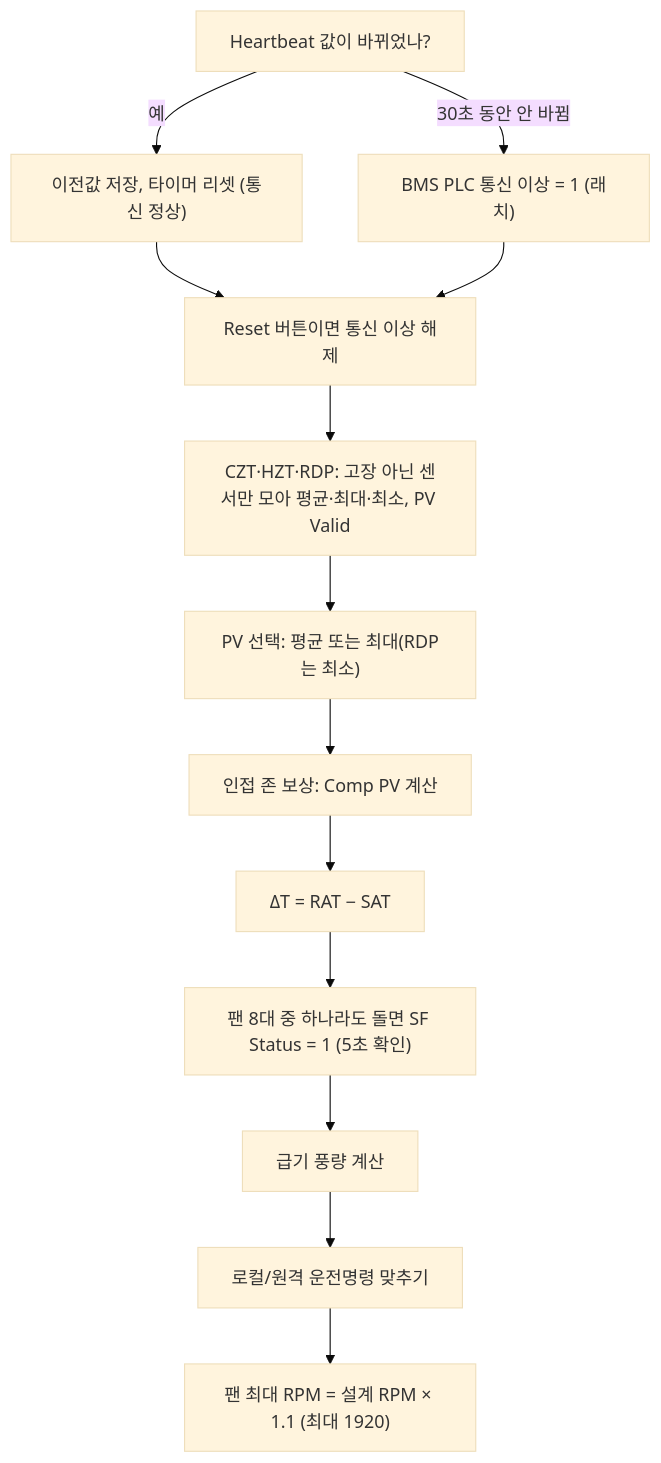
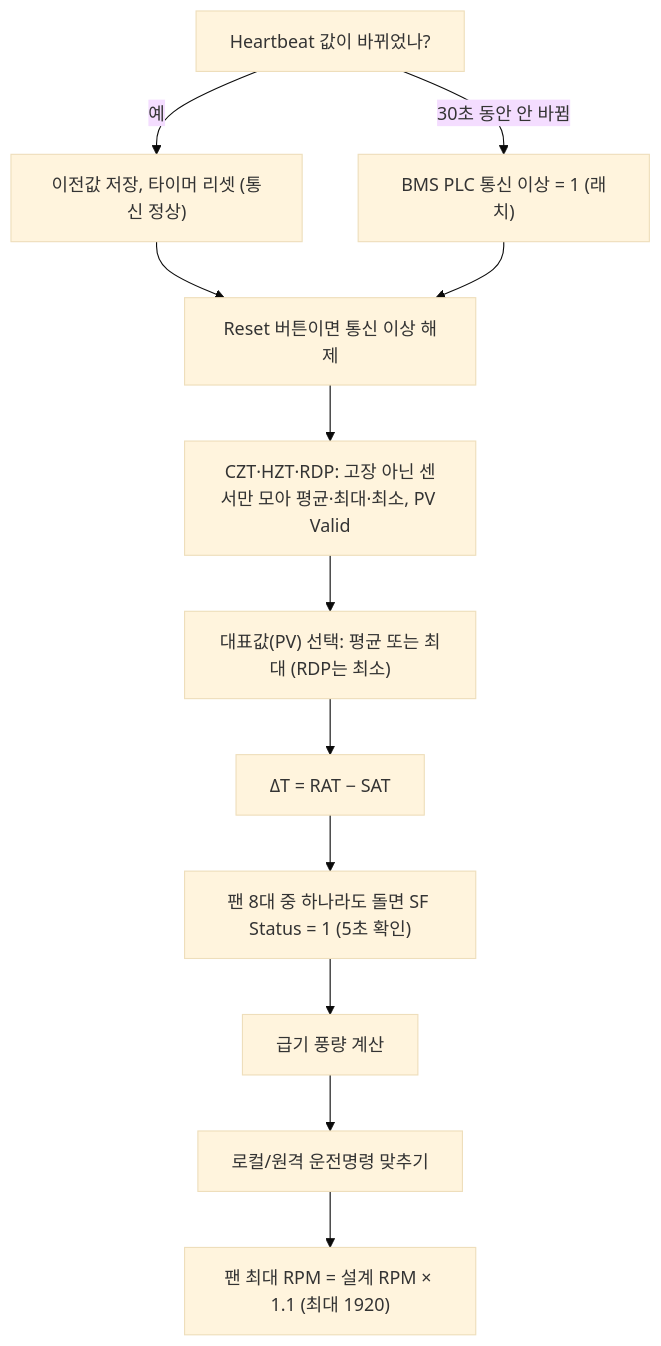
Before and after one commit to joo001121-create/FWU-logic: the fourth of 12 diagrams in FWU_Logic_초보자_설명서.md, drawn with Mermaid (base theme). The commit also changed other lines of this file and 7 other files, not shown here.

````diff
--- a/FWU_Logic_초보자_설명서.md
+++ b/FWU_Logic_초보자_설명서.md
@@ -165,14 +175,13 @@
 ```mermaid
 flowchart TD
     A["Heartbeat 값이 바뀌었나?"] -->|"예"| A1["이전값 저장, 타이머 리셋 (통신 정상)"]
     A -->|"30초 동안 안 바뀜"| A2["BMS PLC 통신 이상 = 1 (래치)"]
     A1 & A2 --> B["Reset 버튼이면 통신 이상 해제"]
     B --> C["CZT·HZT·RDP: 고장 아닌 센서만 모아 평균·최대·최소, PV Valid"]
-    C --> D["PV 선택: 평균 또는 최대(RDP는 최소)"]
-    D --> E["인접 존 보상: Comp PV 계산"]
-    E --> F["ΔT = RAT − SAT"]
+    C --> D["대표값(PV) 선택: 평균 또는 최대 (RDP는 최소)"]
+    D --> F["ΔT = RAT − SAT"]
     F --> G["팬 8대 중 하나라도 돌면 SF Status = 1 (5초 확인)"]
     G --> H["급기 풍량 계산"]
     H --> I["로컬/원격 운전명령 맞추기"]
     I --> J["팬 최대 RPM = 설계 RPM × 1.1 (최대 1920)"]
 ```
````
